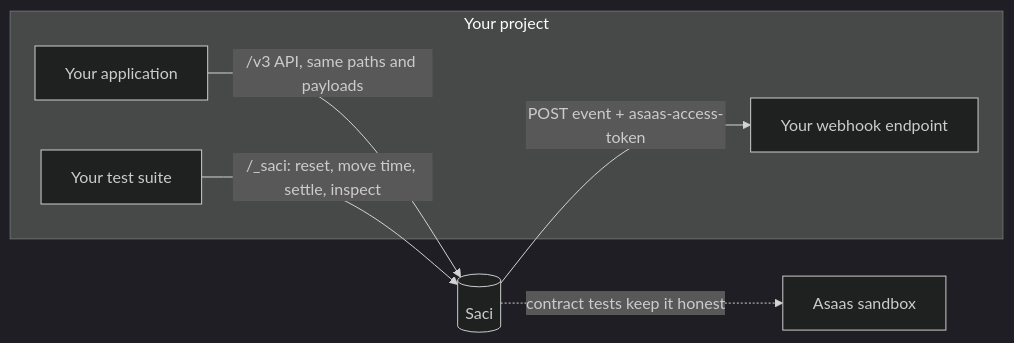
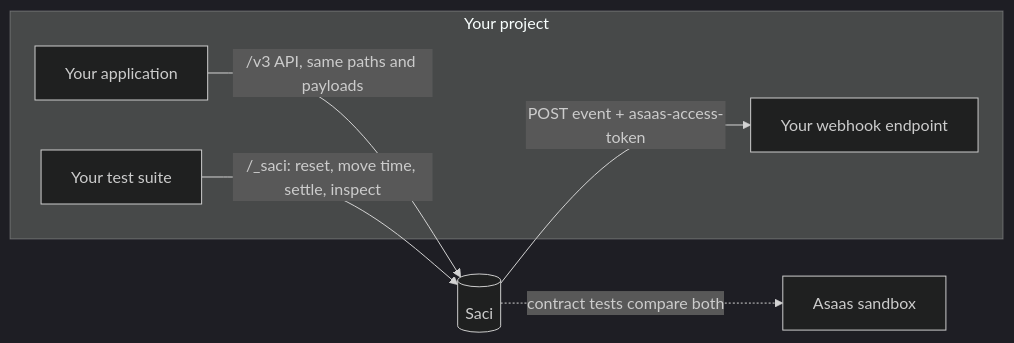
Before and after one commit to SpackiGabriel/asaas-emulator: the diagram in README.en.md, drawn with Mermaid (dark theme). The commit also changed other lines of this file and 4 other files, not shown here.

````diff
--- a/README.en.md
+++ b/README.en.md
@@ -50,15 +57,15 @@
 ```mermaid
 flowchart LR
     subgraph yours [Your project]
         app[Your application]
         hook[Your webhook endpoint]
         tests[Your test suite]
     end
     saci[(Saci)]
     sandbox[Asaas sandbox]
 
     app -- "/v3 API, same paths and payloads" --> saci
     saci -- "POST event + asaas-access-token" --> hook
     tests -- "/_saci: reset, move time, settle, inspect" --> saci
-    saci -. "contract tests keep it honest" .-> sandbox
+    saci -. "contract tests compare both" .-> sandbox
 ```
````
